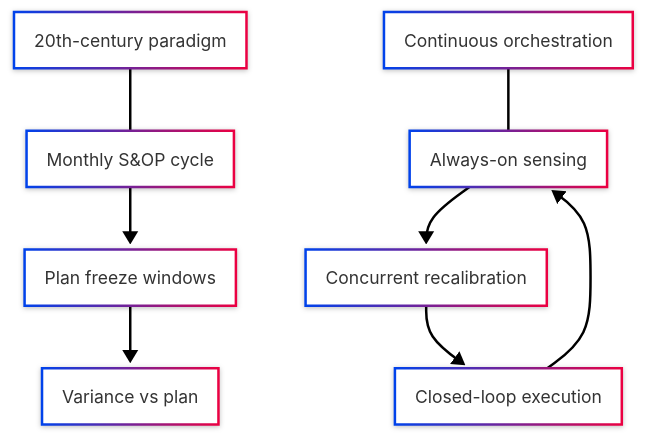
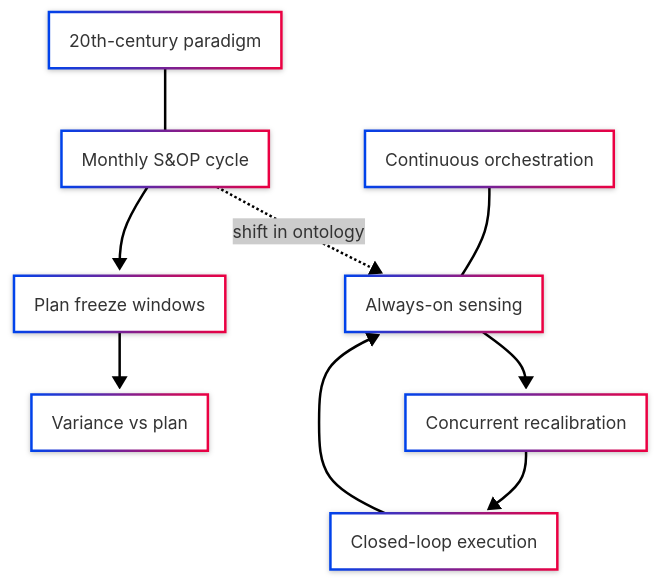
Before and after one commit to antomon/antomon.github.io: the first of 8 diagrams in posts/from-planning-to-orchestration-reimagining-enterprise-beyond-S&OP/index.qmd, drawn with Mermaid. The commit also changed other lines of this file and 4 other files, not shown here.

````diff
--- a/posts/from-planning-to-orchestration-reimagining-enterprise-beyond-S&OP/index.qmd
+++ b/posts/from-planning-to-orchestration-reimagining-enterprise-beyond-S&OP/index.qmd
@@ -50,22 +50,19 @@
 ```{mermaid}
-%%| label: s&op-to-orchestration
-%%| fig-cap: From periodic S&OP to continuous orchestration
-%%| fig-alt: Comparison of calendar-bound planning vs continuous, signal-driven orchestration
-%%| fig-align: "center"
+
 %%{init: {"theme": "neo", "look": "neo"}}%%
 
 flowchart TD
   H1["20th-century paradigm"]
   H2["Continuous orchestration"]
   A1["Monthly S&OP cycle"]
   A2["Plan freeze windows"]
   A3["Variance vs plan"]
   B1["Always-on sensing"]
   B2["Concurrent recalibration"]
   B3["Closed-loop execution"]
 
   H1 --- A1 --> A2 --> A3
   H2 --- B1 --> B2 --> B3 --> B1
 
-
+  A1 -. "shift in ontology" .-> B1
 ```
````
